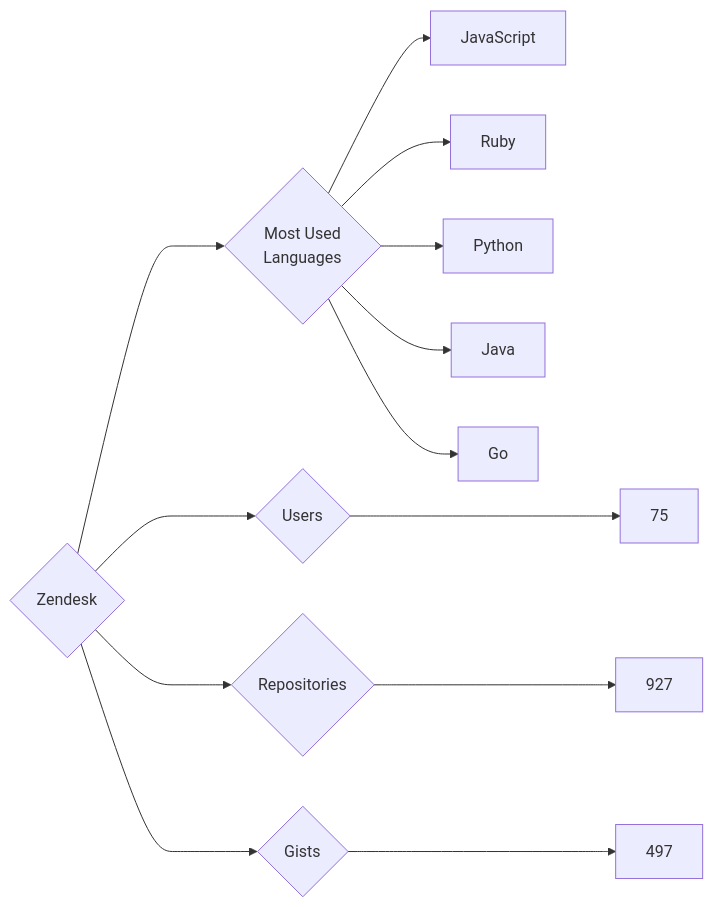
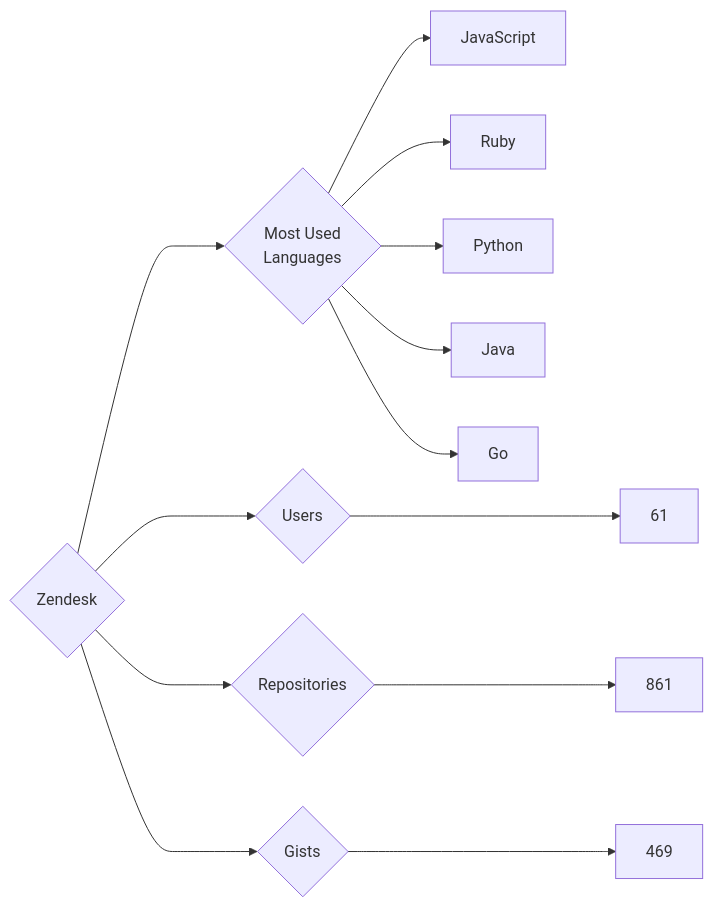
One commit to trickest/insiders changed the diagram in targets/Zendesk/README.md. Above: the diagram before and after it, drawn with Mermaid. The commit also changed 839 other files, not shown here.

````diff
--- a/targets/Zendesk/README.md
+++ b/targets/Zendesk/README.md
@@ -3,13 +3,13 @@
 ```mermaid
 graph LR
 COMPANY_NAME{Zendesk}
-COMPANY_NAME ---> U{Users} ---> UN[75]
-COMPANY_NAME ---> R{Repositories} ---> RN[927]
-COMPANY_NAME ---> G{Gists} ---> GN[497]
+COMPANY_NAME ---> U{Users} ---> UN[61]
+COMPANY_NAME ---> R{Repositories} ---> RN[861]
+COMPANY_NAME ---> G{Gists} ---> GN[469]
 COMPANY_NAME ---> ML{Most Used<br>Languages}
 ML --> JavaScript[JavaScript]
 ML --> Ruby[Ruby]
 ML --> Python[Python]
 ML --> Java[Java]
 ML --> Go[Go]
 ```
````
